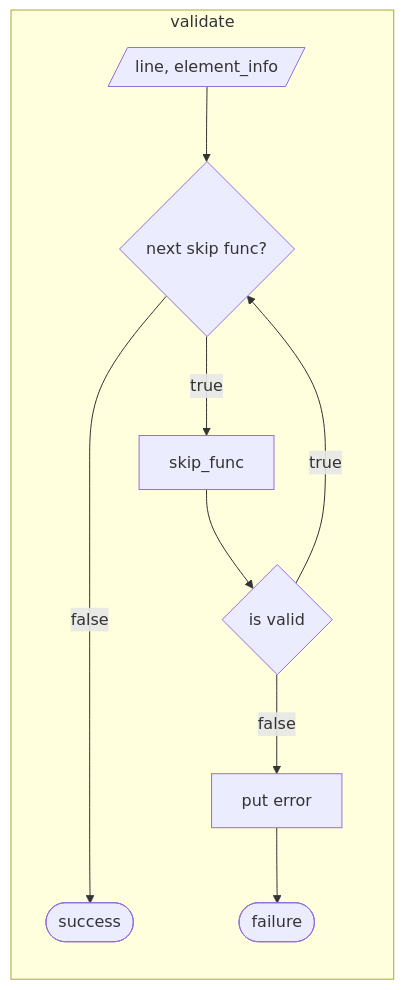
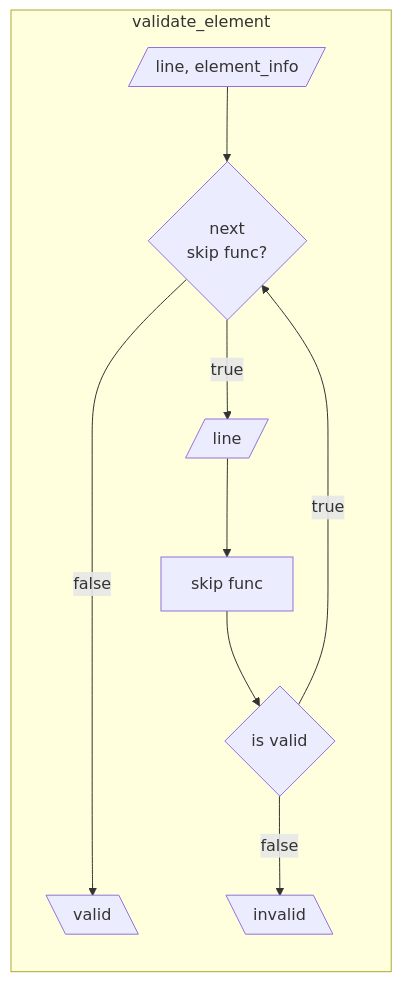
The third of 3 diagrams in docs/validate.md (dattekoda/miniRT), drawn with Mermaid before and after one commit. The commit also changed other lines of this file and 19 other files, not shown here.

````diff
--- a/docs/validate.md
+++ b/docs/validate.md
@@ -1,14 +34,16 @@
 ```mermaid
 flowchart
-subgraph validate
+	subgraph validate_element
 	direction TB
-	input[/line, element_info/]
-	wh----->|false|output([success])
-	input-->wh{next skip func?}
-	wh-->|true|v2[skip_func]
-	v2-->if1{is valid}
-	if1-->|true|wh
-	if1-->|false|v3[put error]
-	v3-->f([failure])
-end
+	input1[/line, element_info/]-->if1
+	if1{next
+	skip func?}----->|false|output1
+	if1-->|true|input2[/line/]
+	input2-->ve1[skip func]
+	ve1-->if2
+	if2{is valid}-->|true|if1
+	if2-->|false|output2
+	output1[\valid\]
+	output2[\invalid\]
+	end
 ```
````
